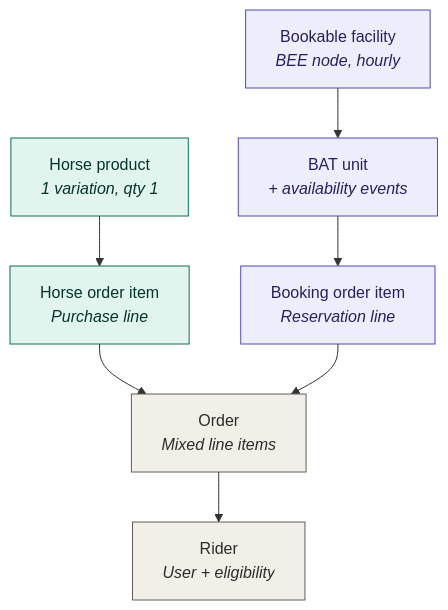
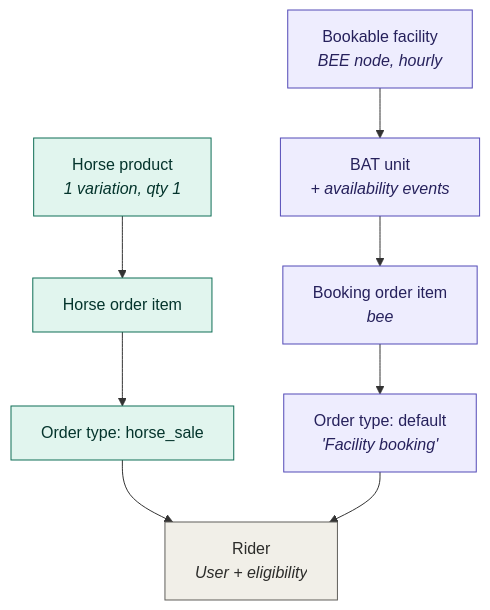
The diagram in docs/project-management/infrastructure/shh-stables-platform-model.md (deburca/verdigris), drawn with Mermaid before and after one commit. The commit also changed other lines of this file and 5 other files, not shown here.

First line of the commit message:
feat(shh): split horse sales and facility bookings into separate order types

````diff
--- a/docs/project-management/infrastructure/shh-stables-platform-model.md
+++ b/docs/project-management/infrastructure/shh-stables-platform-model.md
@@ -72,16 +81,17 @@
 ```mermaid
 graph TD
-    HP["Horse product<br/><i>1 variation, qty 1</i>"] --> HOI["Horse order item<br/><i>Purchase line</i>"]
+    HP["Horse product<br/><i>1 variation, qty 1</i>"] --> HOI["Horse order item"]
     BF["Bookable facility<br/><i>BEE node, hourly</i>"] --> BU["BAT unit<br/><i>+ availability events</i>"]
-    BU --> BOI["Booking order item<br/><i>Reservation line</i>"]
-    HOI --> ORD["Order<br/><i>Mixed line items</i>"]
-    BOI --> ORD
-    ORD --> RIDER["Rider<br/><i>User + eligibility</i>"]
+    BU --> BOI["Booking order item<br/><i>bee</i>"]
+    HOI --> ORD1["Order type: horse_sale"]
+    BOI --> ORD2["Order type: default<br/><i>'Facility booking'</i>"]
+    ORD1 --> RIDER["Rider<br/><i>User + eligibility</i>"]
+    ORD2 --> RIDER
 
     classDef sales fill:#E1F5EE,stroke:#0F6E56,color:#04342C;
     classDef booking fill:#EEEDFE,stroke:#534AB7,color:#26215C;
     classDef shared fill:#F1EFE8,stroke:#5F5E5A,color:#2C2C2A;
-    class HP,HOI sales;
-    class BF,BU,BOI booking;
-    class ORD,RIDER shared;
+    class HP,HOI,ORD1 sales;
+    class BF,BU,BOI,ORD2 booking;
+    class RIDER shared;
 ```
````
